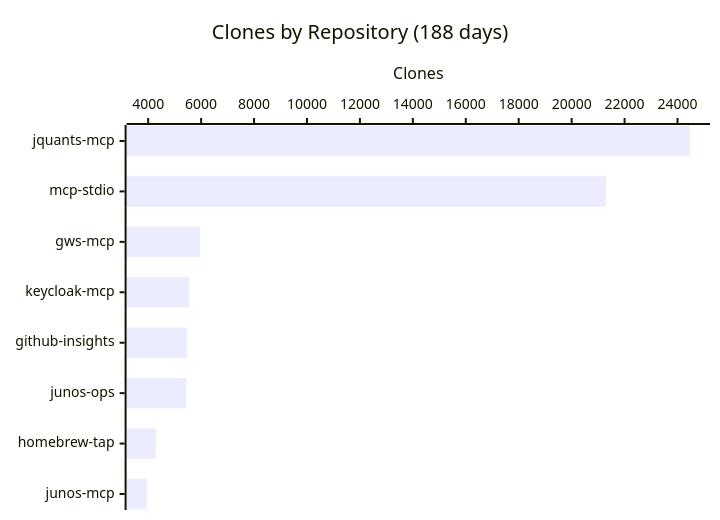
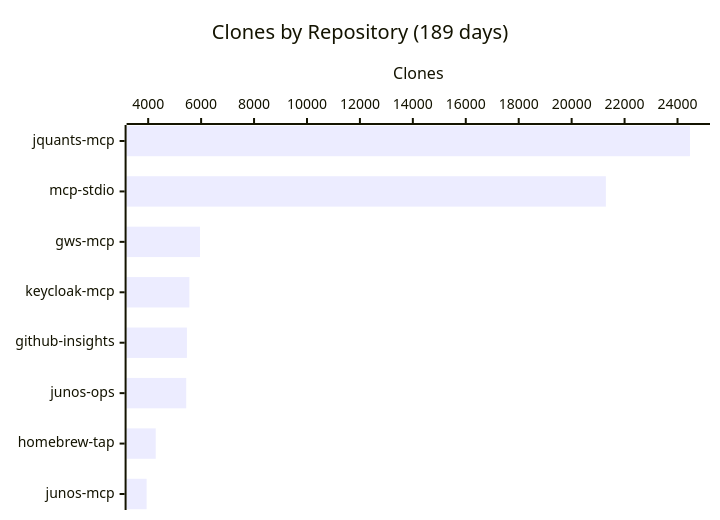
One commit to shigechika/github-insights changed the fourth of 4 diagrams in README.md. Above: the diagram before and after it, drawn with Mermaid. The commit also changed other lines of this file and 2 other files, not shown here.

````diff
--- a/README.md
+++ b/README.md
@@ -58,7 +58,7 @@
 ```mermaid
 xychart-beta horizontal
-    title "Clones by Repository (188 days)"
+    title "Clones by Repository (189 days)"
     x-axis ["jquants-mcp", "mcp-stdio", "gws-mcp", "keycloak-mcp", "github-insights", "junos-ops", "homebrew-tap", "junos-mcp"]
     y-axis "Clones"
     bar [24471, 21294, 5957, 5557, 5464, 5438, 4285, 3941]
 ```
````
